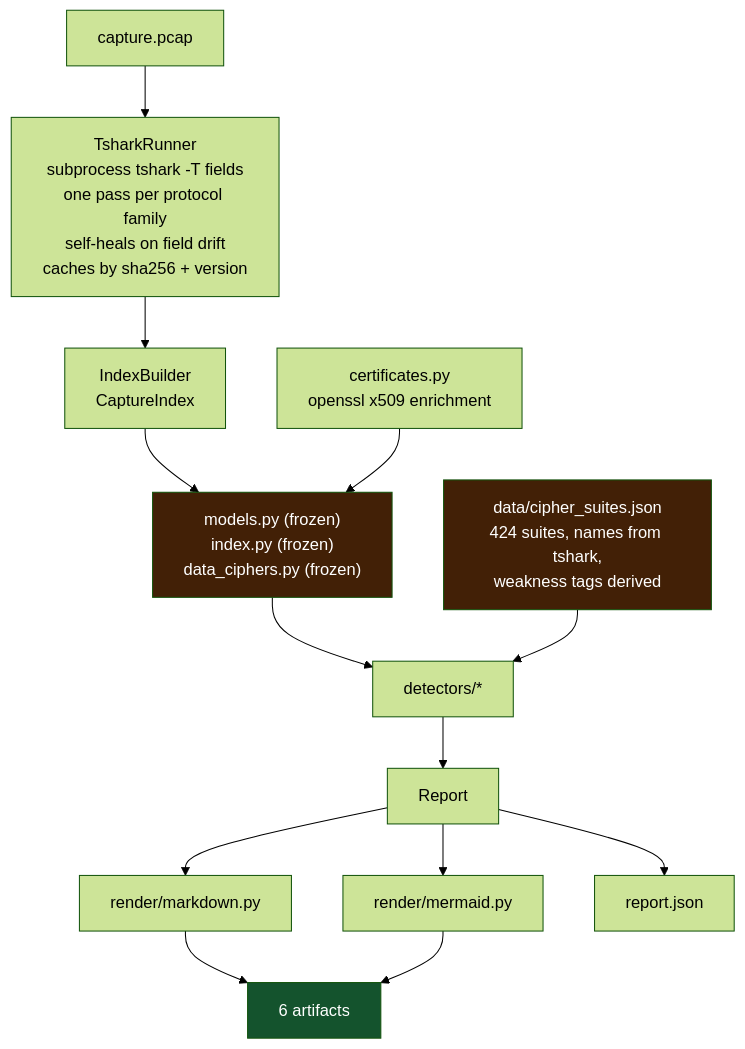
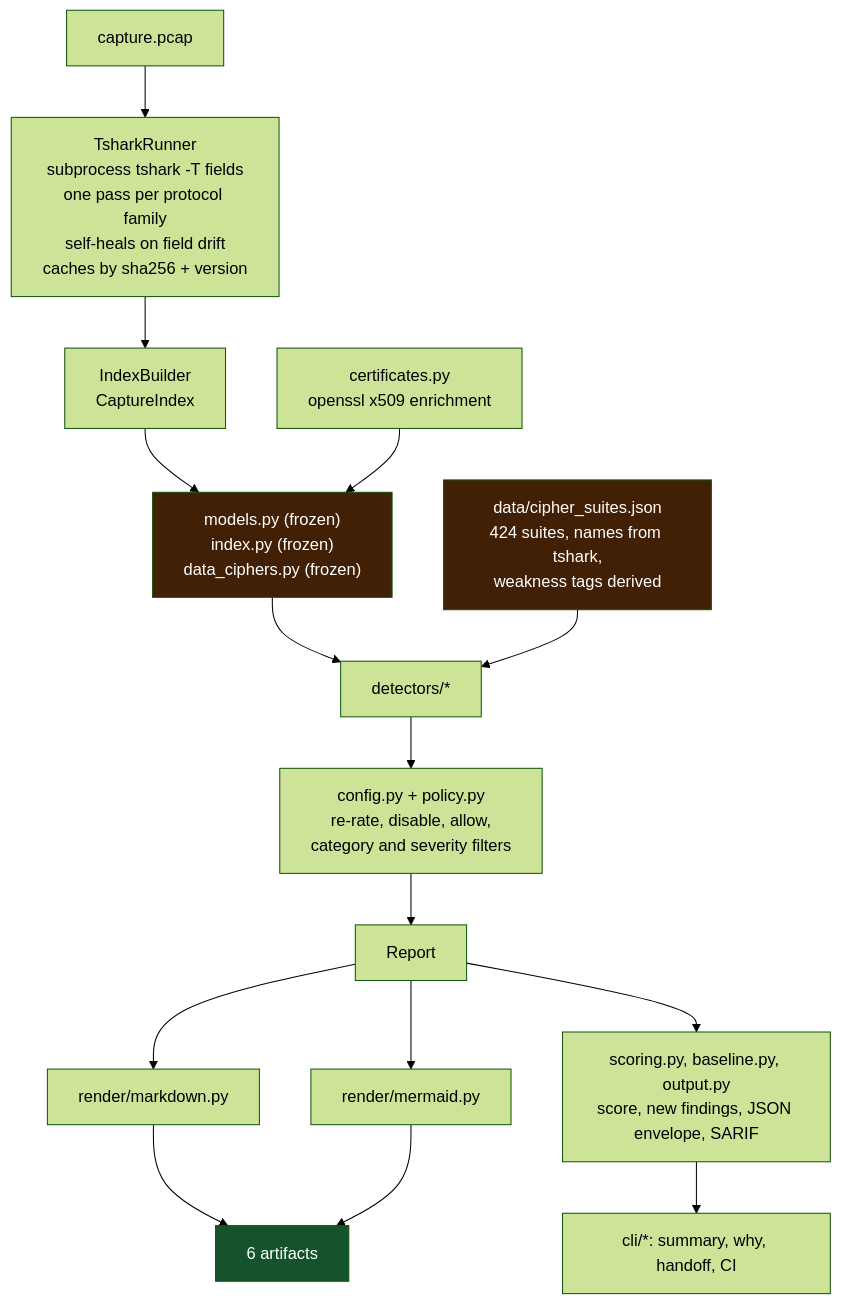
Before and after one commit to Vaibhav91one/pcap-forensics: the third of 4 diagrams in README.md, drawn with Mermaid (forest theme). The commit also changed other lines of this file and 24 other files, not shown here.

````diff
--- a/README.md
+++ b/README.md
@@ -227,17 +417,19 @@
 ```mermaid
 flowchart TD
   cap["capture.pcap"] --> runner["TsharkRunner<br/>subprocess tshark -T fields<br/>one pass per protocol family<br/>self-heals on field drift<br/>caches by sha256 + version"]
   runner --> idx["IndexBuilder<br/>CaptureIndex"]
   idx --> core["models.py (frozen)<br/>index.py (frozen)<br/>data_ciphers.py (frozen)"]
   core --> dets["detectors/*"]
-  dets --> rep["Report"]
+  dets --> pol["config.py + policy.py<br/>re-rate, disable, allow,<br/>category and severity filters"]
+  pol --> rep["Report"]
   reg["data/cipher_suites.json<br/>424 suites, names from tshark,<br/>weakness tags derived"] --> dets
   cert["certificates.py<br/>openssl x509 enrichment"] --> core
   rep --> md["render/markdown.py"]
   rep --> mm["render/mermaid.py"]
   md & mm --> files["6 artifacts"]
-  rep --> js["report.json"]
+  rep --> out["scoring.py, baseline.py, output.py<br/>score, new findings, JSON envelope, SARIF"]
+  out --> cli["cli/*: summary, why, handoff, CI"]
   style core fill:#422006,color:#fff
   style reg fill:#422006,color:#fff
   style files fill:#14532d,color:#fff
 ```
````
